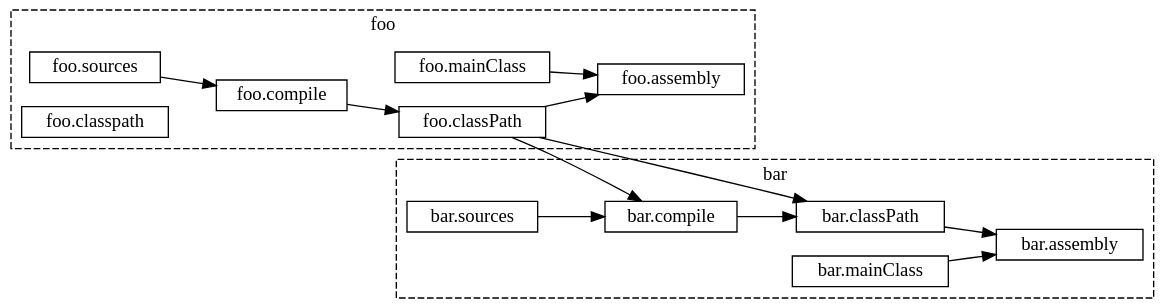
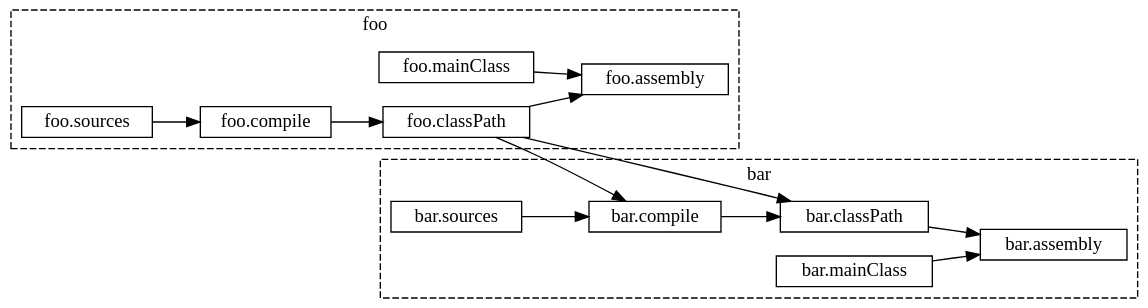
Before and after one commit to com-lihaoyi/mill: the diagram in docs/modules/ROOT/partials/Intro_to_Mill_Header.adoc, drawn with Graphviz.

````diff
--- a/docs/modules/ROOT/partials/Intro_to_Mill_Header.adoc
+++ b/docs/modules/ROOT/partials/Intro_to_Mill_Header.adoc
@@ -1,27 +1,27 @@
 ```graphviz
 digraph G {
   rankdir=LR
   node [shape=box width=0 height=0 style=filled fillcolor=white]
   bgcolor=transparent
   newrank=true;
   subgraph cluster_0 {
     style=dashed
     node [shape=box width=0 height=0 style=filled fillcolor=white]
     label = "foo";
 
     "foo.sources" -> "foo.compile" -> "foo.classPath" -> "foo.assembly"
     "foo.mainClass" -> "foo.assembly"
-    "foo.classpath"
+    "foo.classPath"
   }
   subgraph cluster_1 {
     style=dashed
     node [shape=box width=0 height=0 style=filled fillcolor=white]
     label = "bar";
 
     "foo.classPath" -> "bar.compile"
     "foo.classPath" -> "bar.classPath"
     "bar.sources" -> "bar.compile" -> "bar.classPath" -> "bar.assembly"
     "bar.mainClass" -> "bar.assembly"
   }
 }
 ```
````
